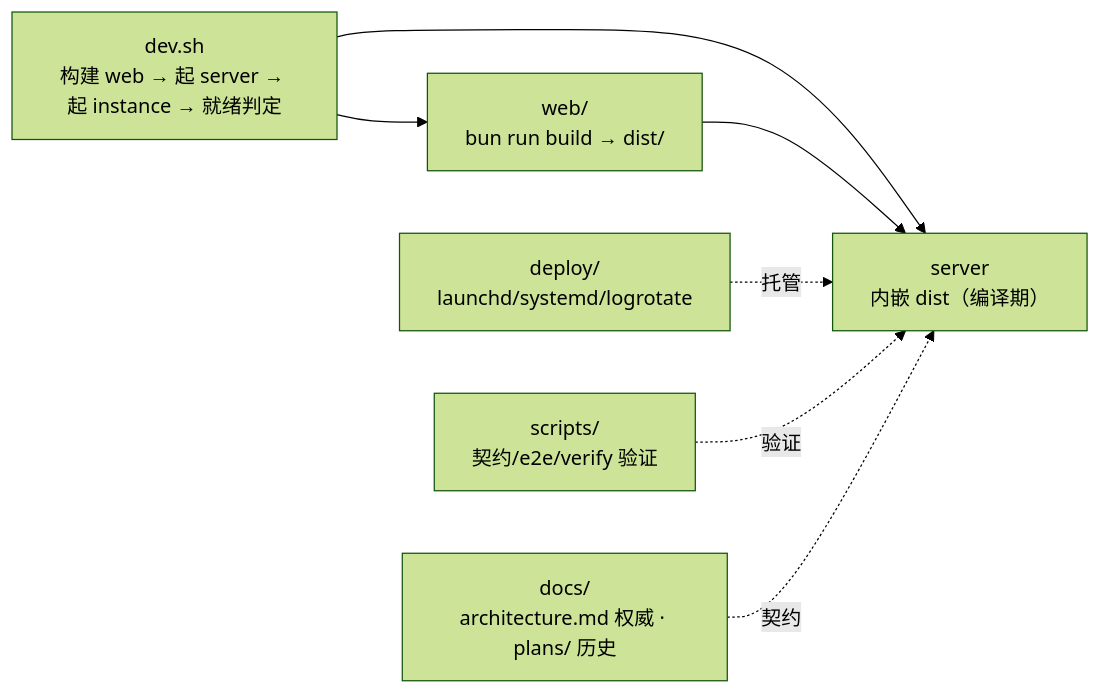
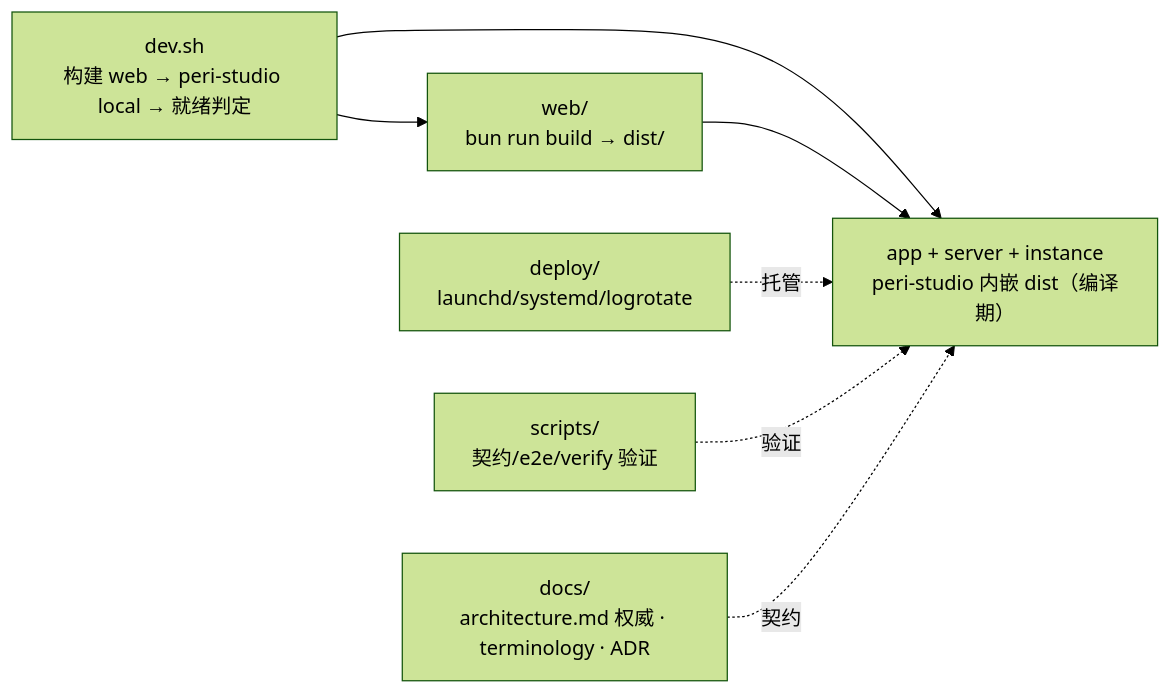
Before and after one commit to KonghaYao/peri-studio: the ninth of 9 diagrams in docs/topology.md, drawn with Mermaid (forest theme). The commit also changed other lines of this file and 65 other files, not shown here.

Commit message:
feat: 统一 server 与 instance 单二进制入口

````diff
--- a/docs/topology.md
+++ b/docs/topology.md
@@ -366,16 +374,16 @@
 ```mermaid
 flowchart LR
-    DEV["dev.sh<br/>构建 web → 起 server → 起 instance → 就绪判定"]
+    DEV["dev.sh<br/>构建 web → peri-studio local → 就绪判定"]
     WEB2["web/<br/>bun run build → dist/"]
-    SRV2["server<br/>内嵌 dist（编译期）"]
+    APP2["app + server + instance<br/>peri-studio 内嵌 dist（编译期）"]
     DEP["deploy/<br/>launchd/systemd/logrotate"]
     SCR["scripts/<br/>契约/e2e/verify 验证"]
-    DOC["docs/<br/>architecture.md 权威 · plans/ 历史"]
+    DOC["docs/<br/>architecture.md 权威 · terminology · ADR"]
 
     DEV --> WEB2
-    DEV --> SRV2
-    WEB2 --> SRV2
-    DEP -. 托管 .-> SRV2
-    SCR -. 验证 .-> SRV2
-    DOC -. 契约 .-> SRV2
+    DEV --> APP2
+    WEB2 --> APP2
+    DEP -. 托管 .-> APP2
+    SCR -. 验证 .-> APP2
+    DOC -. 契约 .-> APP2
 ```
````
